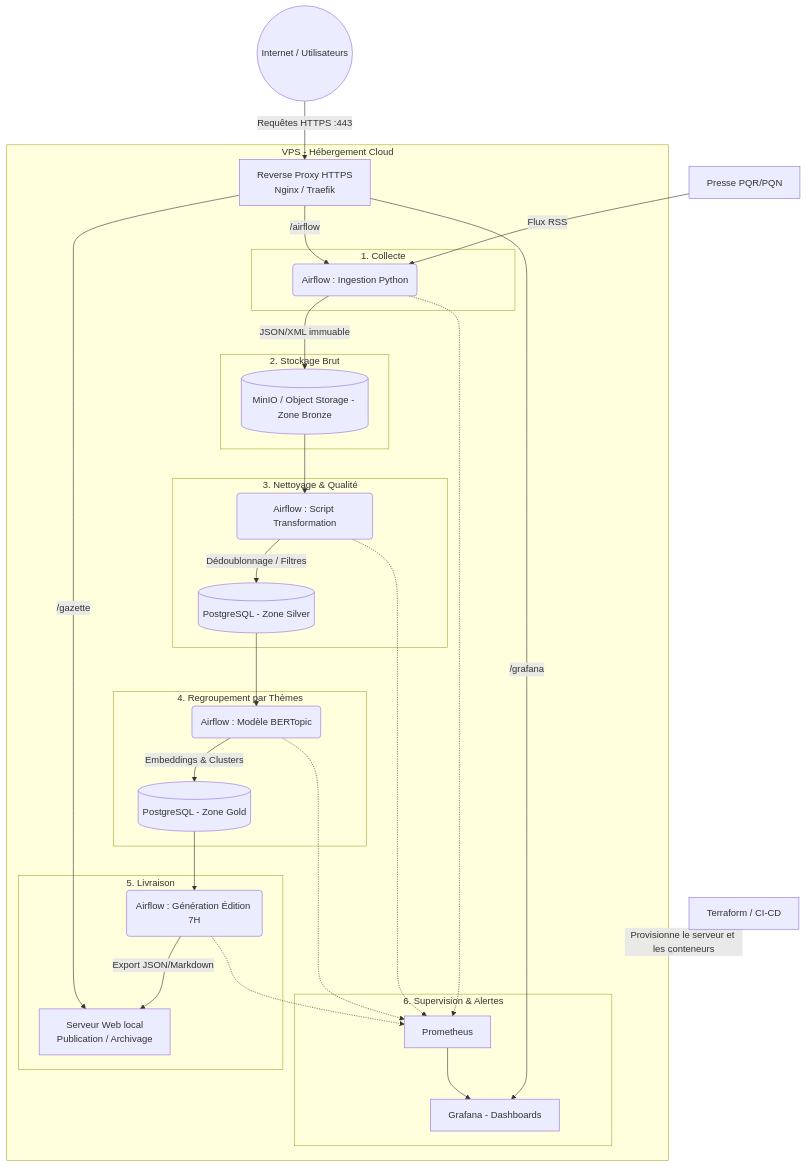
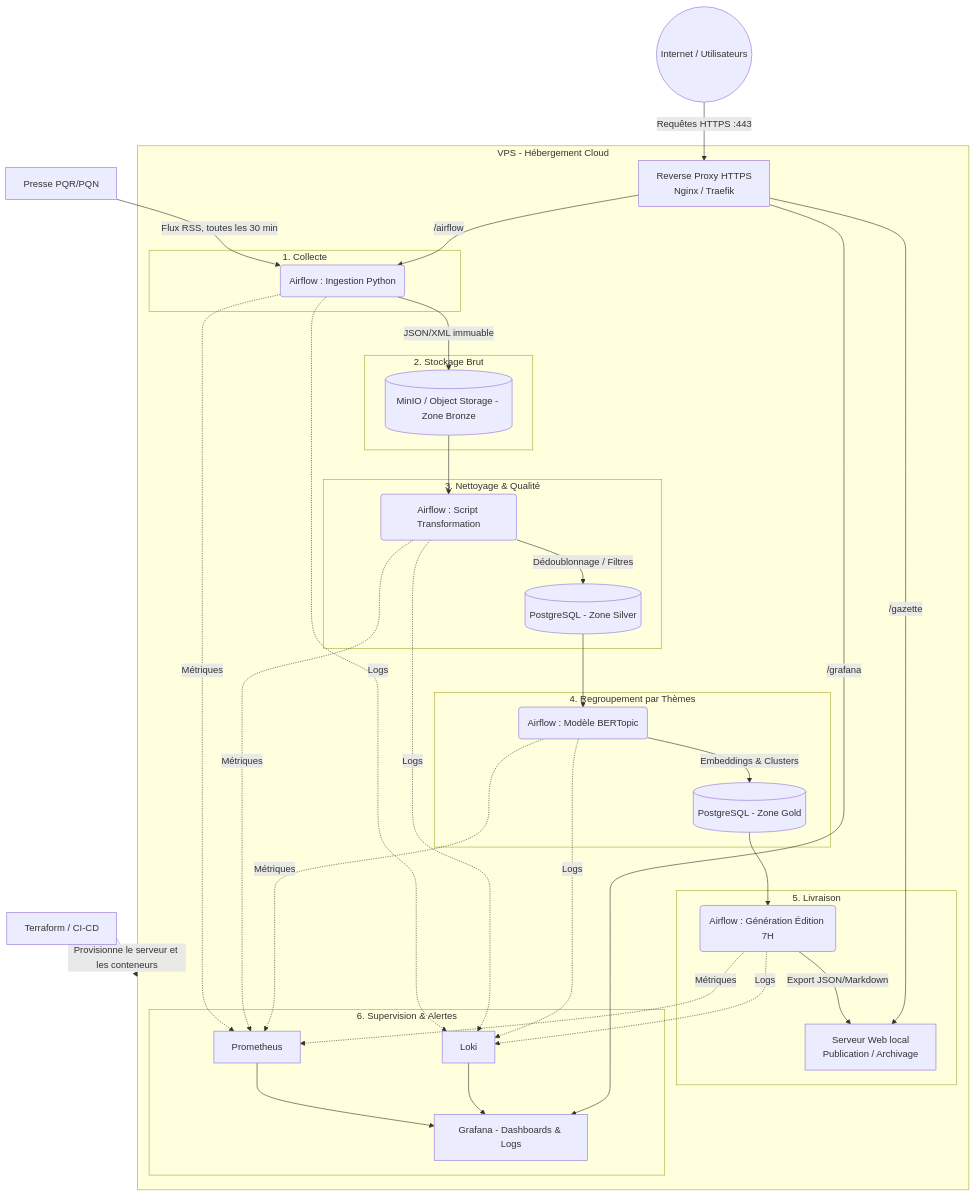
The diagram in docs/architecture.md (entiteco/M2OPS_KVZI), drawn with Mermaid before and after one commit. The commit also changed 1 other file, not shown here.

Commit message:
Update Loki

````diff
--- a/docs/architecture.md
+++ b/docs/architecture.md
@@ -7,51 +7,58 @@
 ```mermaid
 graph TD
     %% Entités Externes
     Internet((Internet / Utilisateurs))
     Presse[Presse PQR/PQN]
     InfraCode[Terraform / CI-CD]
 
     Internet -->|Requêtes HTTPS :443| Proxy
-    Presse -->|Flux RSS| B
+    Presse -->|Flux RSS, toutes les 30 min| B
     InfraCode -.->|Provisionne le serveur et les conteneurs| VPS
 
     subgraph VPS [VPS - Hébergement Cloud]
         Proxy[Reverse Proxy HTTPS<br>Nginx / Traefik]
 
         subgraph 1. Collecte
             B(Airflow : Ingestion Python)
         end
 
         subgraph 2. Stockage Brut
             B -->|JSON/XML immuable| C[(MinIO / Object Storage - Zone Bronze)]
         end
 
         subgraph 3. Nettoyage & Qualité
             C --> D(Airflow : Script Transformation)
             D -->|Dédoublonnage / Filtres| E[(PostgreSQL - Zone Silver)]
         end
 
         subgraph 4. Regroupement par Thèmes
             E --> F(Airflow : Modèle BERTopic)
             F -->|Embeddings & Clusters| G[(PostgreSQL - Zone Gold)]
         end
 
         subgraph 5. Livraison
             G --> H(Airflow : Génération Édition 7H)
             H -->|Export JSON/Markdown| I[Serveur Web local<br>Publication / Archivage]
         end
 
         subgraph 6. Supervision & Alertes
-            B -.-> J[Prometheus]
-            D -.-> J
-            F -.-> J
-            H -.-> J
-            J --> K[Grafana - Dashboards]
+            B -.->|Métriques| J[Prometheus]
+            D -.->|Métriques| J
+            F -.->|Métriques| J
+            H -.->|Métriques| J
+          
+            B -.->|Logs| L[Loki]
+            D -.->|Logs| L
+            F -.->|Logs| L
+            H -.->|Logs| L
+          
+            J --> K[Grafana - Dashboards & Logs]
+            L --> K
         end
 
         %% Routage interne depuis le Reverse Proxy vers les services exposés
         Proxy -->|/gazette| I
         Proxy -->|/airflow| B
         Proxy -->|/grafana| K
     end
 ```
````
